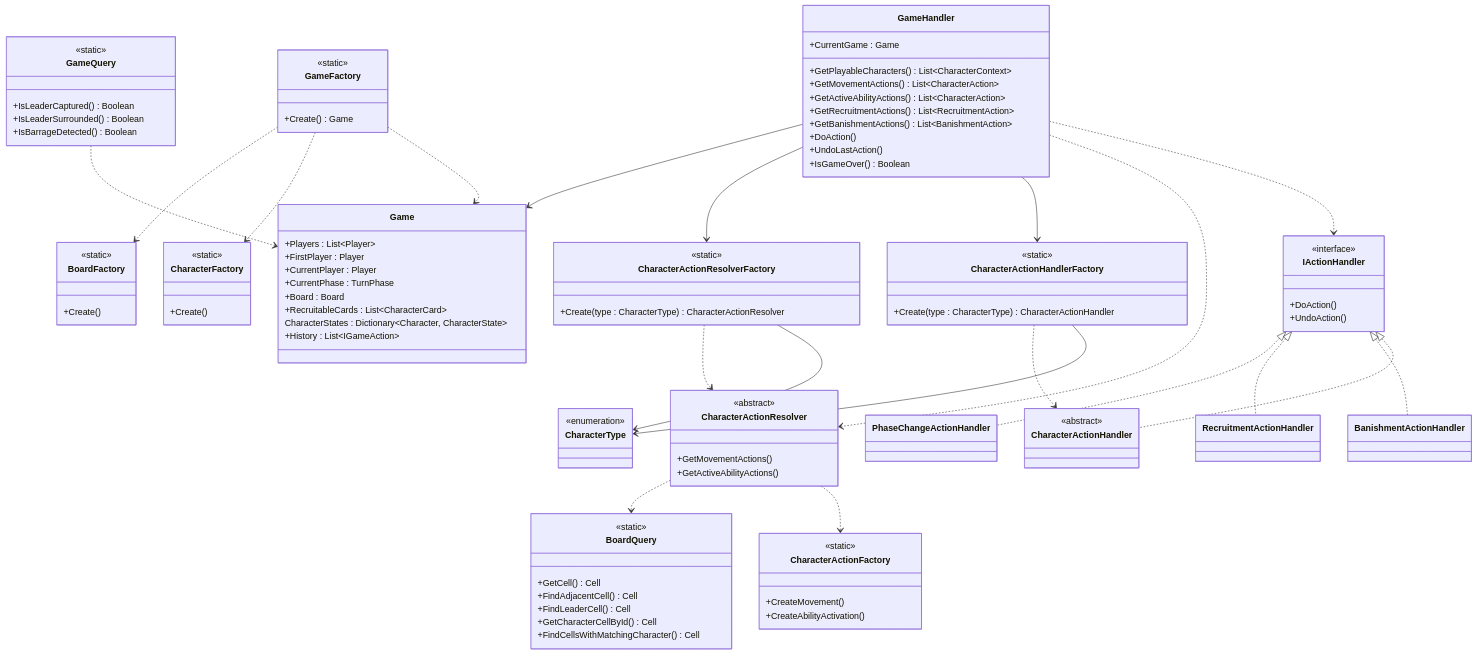
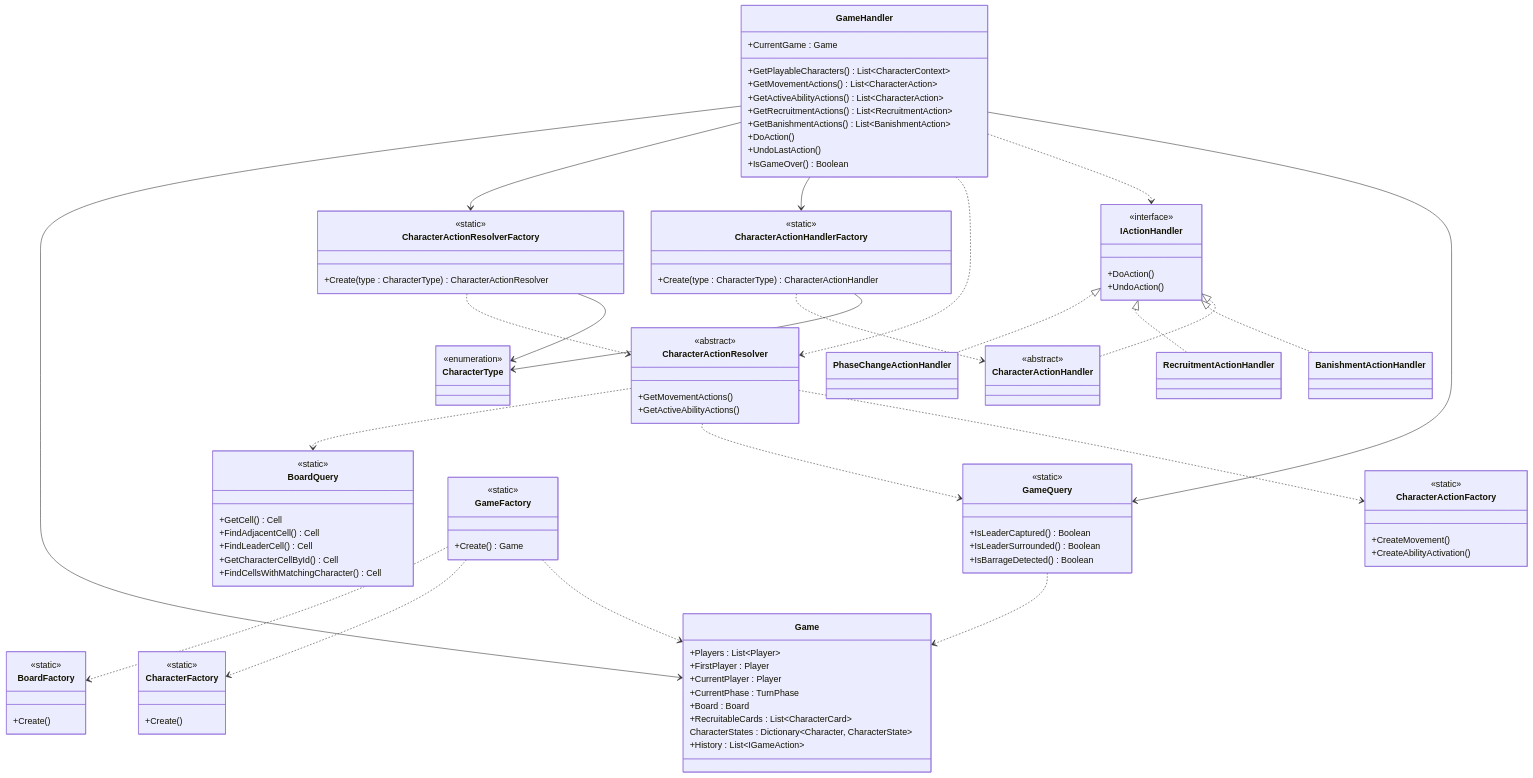
One commit to PaulRosselle/leaders_board_game changed the diagram in docs/GameLogic/uml_logic_gamelogic.mmd. Above: the diagram before and after it, drawn with Mermaid.

Commit message:
Fixing a mistake in the logic class diagram

```diff
--- a/docs/GameLogic/uml_logic_gamelogic.mmd
+++ b/docs/GameLogic/uml_logic_gamelogic.mmd
@@ -1,125 +1,127 @@
 classDiagram
     direction TB
 
     %% Enums
     class CharacterType {
         <<enumeration>>
     }
 
     %% Game
     class Game {
         +Players : List~Player~
         +FirstPlayer : Player
         +CurrentPlayer : Player
         +CurrentPhase : TurnPhase
         +Board : Board
         +RecruitableCards : List~CharacterCard~
         CharacterStates : Dictionary~Character, CharacterState~
         +History : List~IGameAction~
     }
 
     %% Handlers
     class IActionHandler {
         <<interface>>
         +DoAction()
         +UndoAction()
     }
     class PhaseChangeActionHandler
     class RecruitmentActionHandler
     class BanishmentActionHandler
     class CharacterActionHandler {
         <<abstract>>
     }
 
     %% Resolvers
     class CharacterActionResolver {
         <<abstract>>
         +GetMovementActions()
         +GetActiveAbilityActions()
     }
 
     %% Query
     class BoardQuery {
         <<static>>
         +GetCell() Cell
         +FindAdjacentCell() Cell
         +FindLeaderCell() Cell
         +GetCharacterCellById() Cell
         +FindCellsWithMatchingCharacter() Cell
     }
 
     class GameQuery {
         <<static>>
         +IsLeaderCaptured() Boolean
         +IsLeaderSurrounded() Boolean
         +IsBarrageDetected() Boolean
     }
 
     %% Factories
     class BoardFactory {
         <<static>>
         +Create()
     }
     class GameFactory {
         <<static>>
         +Create() Game
     }
     class CharacterFactory {
         <<static>>
         +Create()
     }
     class CharacterActionFactory {
         <<static>>
         +CreateMovement()
         +CreateAbilityActivation()
     }
     class CharacterActionResolverFactory {
         <<static>>
         +Create(type : CharacterType) CharacterActionResolver
     }
     class CharacterActionHandlerFactory {
         <<static>>
         +Create(type : CharacterType) CharacterActionHandler
     }
 
     %% GameHandler
     class GameHandler {
         +CurrentGame : Game
         +GetPlayableCharacters() List~CharacterContext~
         +GetMovementActions() List~CharacterAction~
         +GetActiveAbilityActions() List~CharacterAction~
         +GetRecruitmentActions() List~RecruitmentAction~
         +GetBanishmentActions() List~BanishmentAction~
         +DoAction()
         +UndoLastAction()
         +IsGameOver() Boolean
     }
 
     %% Héritage handlers
     IActionHandler <|.. PhaseChangeActionHandler
     IActionHandler <|.. RecruitmentActionHandler
     IActionHandler <|.. BanishmentActionHandler
     IActionHandler <|.. CharacterActionHandler
 
     %% GameFactory produit Game
     GameFactory ..> BoardFactory
     GameFactory ..> CharacterFactory
     GameFactory ..> Game
 
     %% GameHandler
     GameHandler --> Game
     GameHandler --> CharacterActionResolverFactory
     GameHandler --> CharacterActionHandlerFactory
     GameHandler ..> CharacterActionResolver
     GameHandler ..> IActionHandler
+    GameHandler --> GameQuery
 
     %% Resolver
     CharacterActionResolver ..> BoardQuery
+    CharacterActionResolver ..> GameQuery
     CharacterActionResolver ..> CharacterActionFactory
     CharacterActionResolverFactory ..> CharacterActionResolver
     CharacterActionResolverFactory --> CharacterType
     CharacterActionHandlerFactory ..> CharacterActionHandler
     CharacterActionHandlerFactory --> CharacterType
 
     %% GameQuery
     GameQuery ..> Game
```
